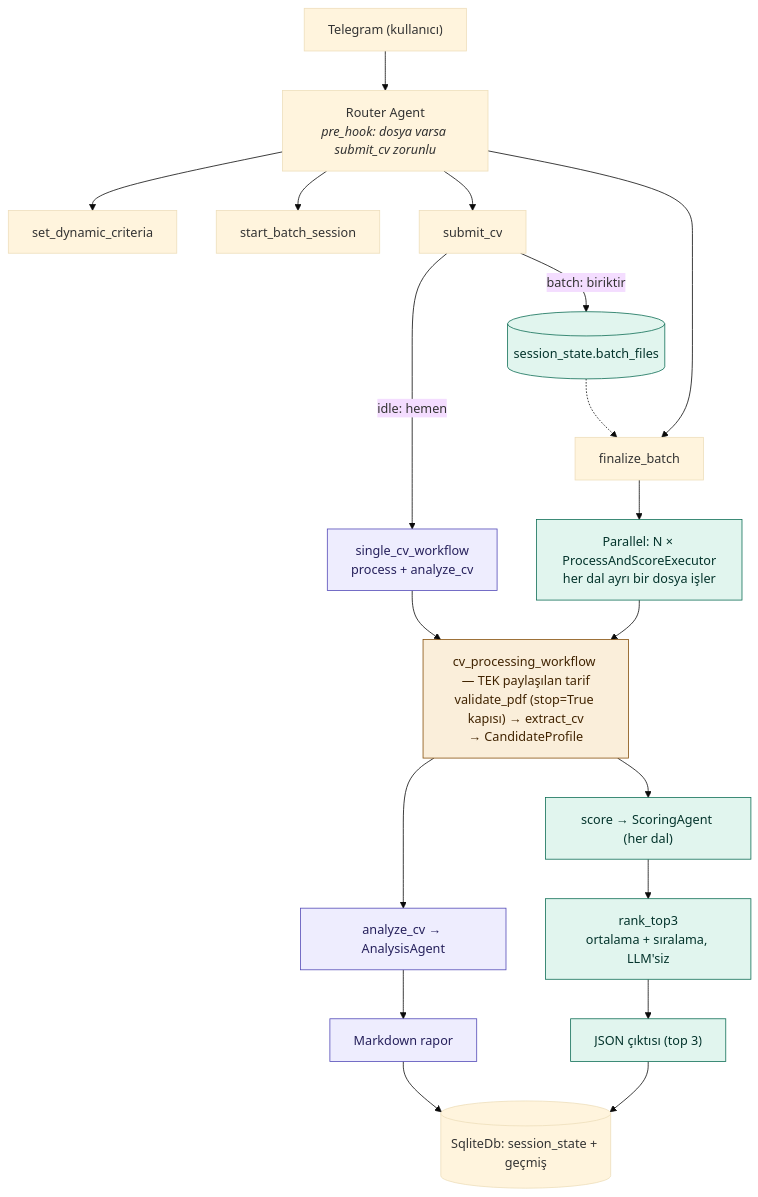
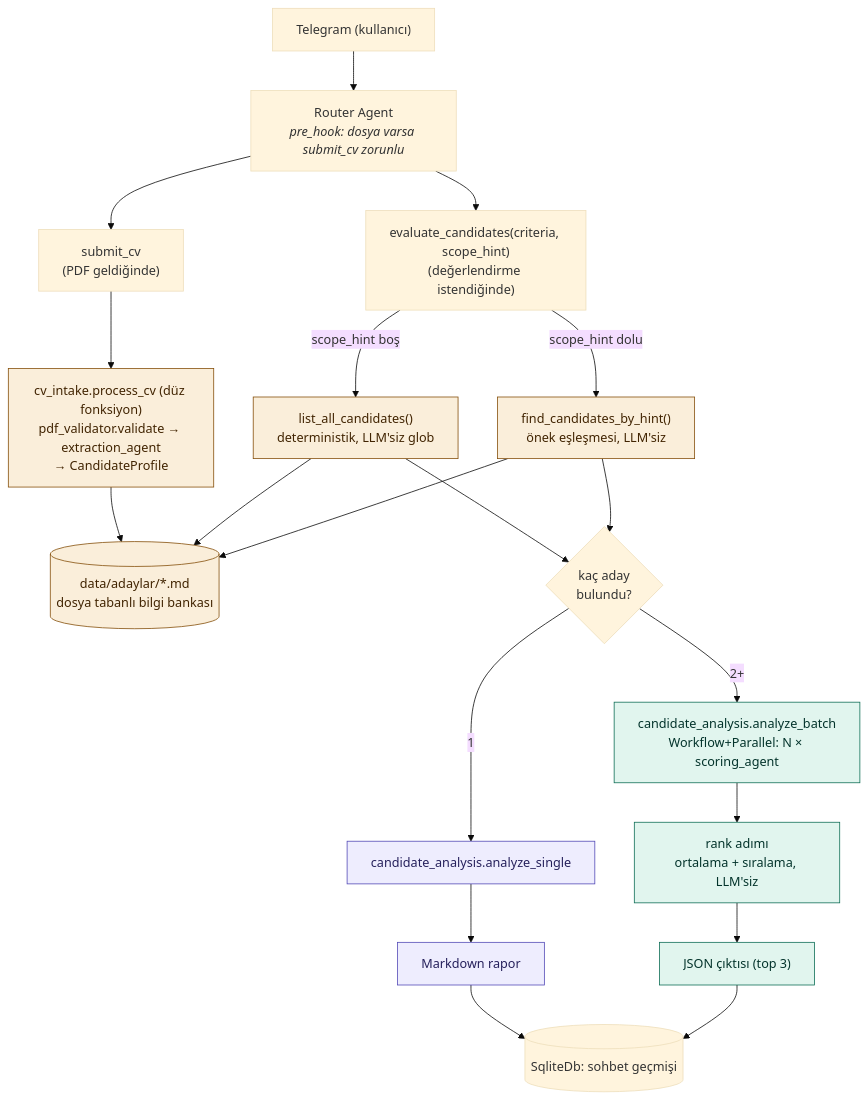
The diagram in README.md (Wijt/hr-ai-agent-telegram), drawn with Mermaid (base theme) before and after one commit. The commit also changed other lines of this file and 16 other files, not shown here.

Commit message:
feat: implement core PDF processing, extraction logic, and multi-candidate analysis architecture with Pydantic models

````diff
--- a/README.md
+++ b/README.md
@@ -18,34 +21,34 @@
 ```mermaid
 flowchart TB
     TG["Telegram (kullanıcı)"] --> RA["Router Agent<br/><i>pre_hook: dosya varsa submit_cv zorunlu</i>"]
 
-    RA --> T1[set_dynamic_criteria]
-    RA --> T2[start_batch_session]
-    RA --> T3[submit_cv]
-    RA --> T4[finalize_batch]
+    RA --> T1["submit_cv<br/>(PDF geldiğinde)"]
+    RA --> T2["evaluate_candidates(criteria, scope_hint)<br/>(değerlendirme istendiğinde)"]
 
-    T3 -->|"idle: hemen"| SCW["single_cv_workflow<br/>process + analyze_cv"]
-    T3 -->|"batch: biriktir"| BUF[(session_state.batch_files)]
-    T4 --> PAR["Parallel: N × ProcessAndScoreExecutor<br/>her dal ayrı bir dosya işler"]
-    BUF -.-> T4
+    T1 --> CPW["cv_intake.process_cv (düz fonksiyon)<br/>pdf_validator.validate → extraction_agent<br/>→ CandidateProfile"]
+    CPW --> KB[("data/adaylar/*.md<br/>dosya tabanlı bilgi bankası")]
 
-    SCW --> CPW
-    PAR --> CPW["cv_processing_workflow — TEK paylaşılan tarif<br/>validate_pdf (stop=True kapısı) → extract_cv<br/>→ CandidateProfile"]
+    T2 -->|"scope_hint boş"| ALL["list_all_candidates()<br/>deterministik, LLM'siz glob"]
+    T2 -->|"scope_hint dolu"| FS["find_candidates_by_hint()<br/>önek eşleşmesi, LLM'siz"]
+    ALL --> KB
+    FS --> KB
 
-    CPW --> AN["analyze_cv → AnalysisAgent"]
-    CPW --> SC["score → ScoringAgent (her dal)"]
+    ALL --> N{"kaç aday<br/>bulundu?"}
+    FS --> N
+    N -->|"1"| AN["candidate_analysis.analyze_single"]
+    N -->|"2+"| PAR["candidate_analysis.analyze_batch<br/>Workflow+Parallel: N × scoring_agent"]
 
     AN --> OUT1["Markdown rapor"]
-    SC --> RANK["rank_top3<br/>ortalama + sıralama, LLM'siz"]
+    PAR --> RANK["rank adımı<br/>ortalama + sıralama, LLM'siz"]
     RANK --> OUT2["JSON çıktısı (top 3)"]
 
-    OUT1 --> DB[(SqliteDb: session_state + geçmiş)]
+    OUT1 --> DB[(SqliteDb: sohbet geçmişi)]
     OUT2 --> DB
 
     classDef single fill:#EEEDFE,stroke:#534AB7,color:#26215C
     classDef batch fill:#E1F5EE,stroke:#0F6E56,color:#04342C
     classDef shared fill:#FAEEDA,stroke:#854F0B,color:#412402
-    class SCW,AN,OUT1 single
-    class PAR,BUF,SC,RANK,OUT2 batch
-    class CPW shared
+    class AN,OUT1 single
+    class PAR,RANK,OUT2 batch
+    class CPW,KB,ALL,FS shared
 ```
````
